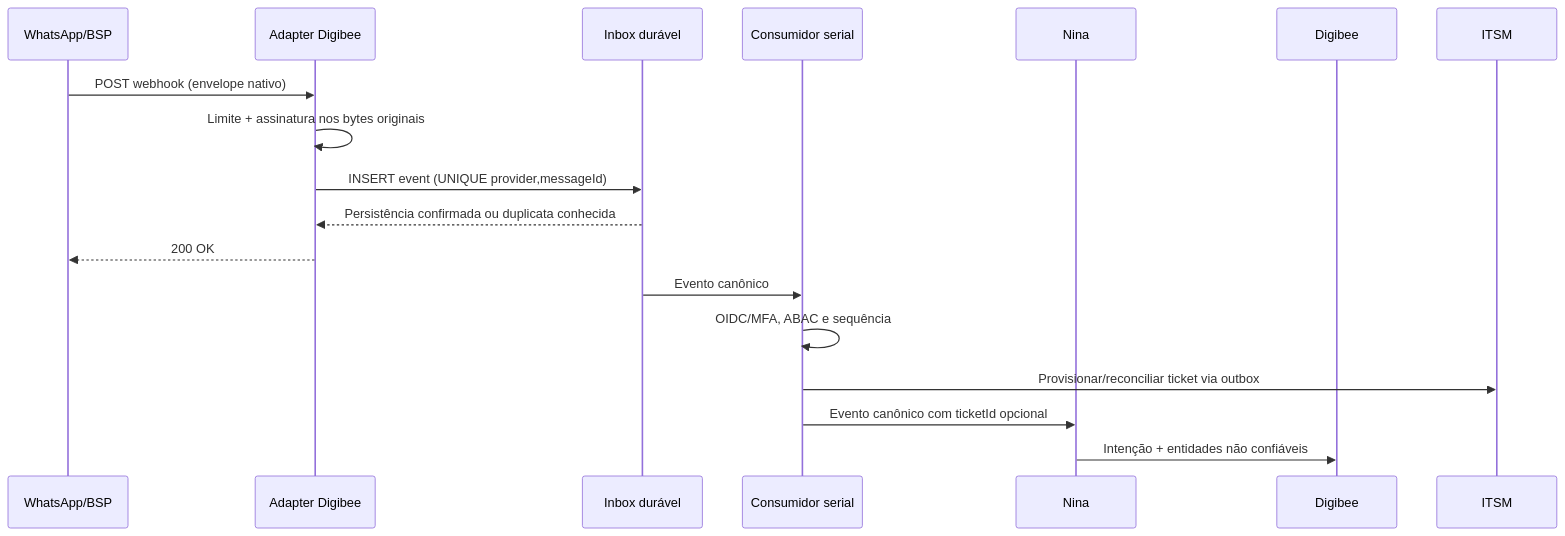
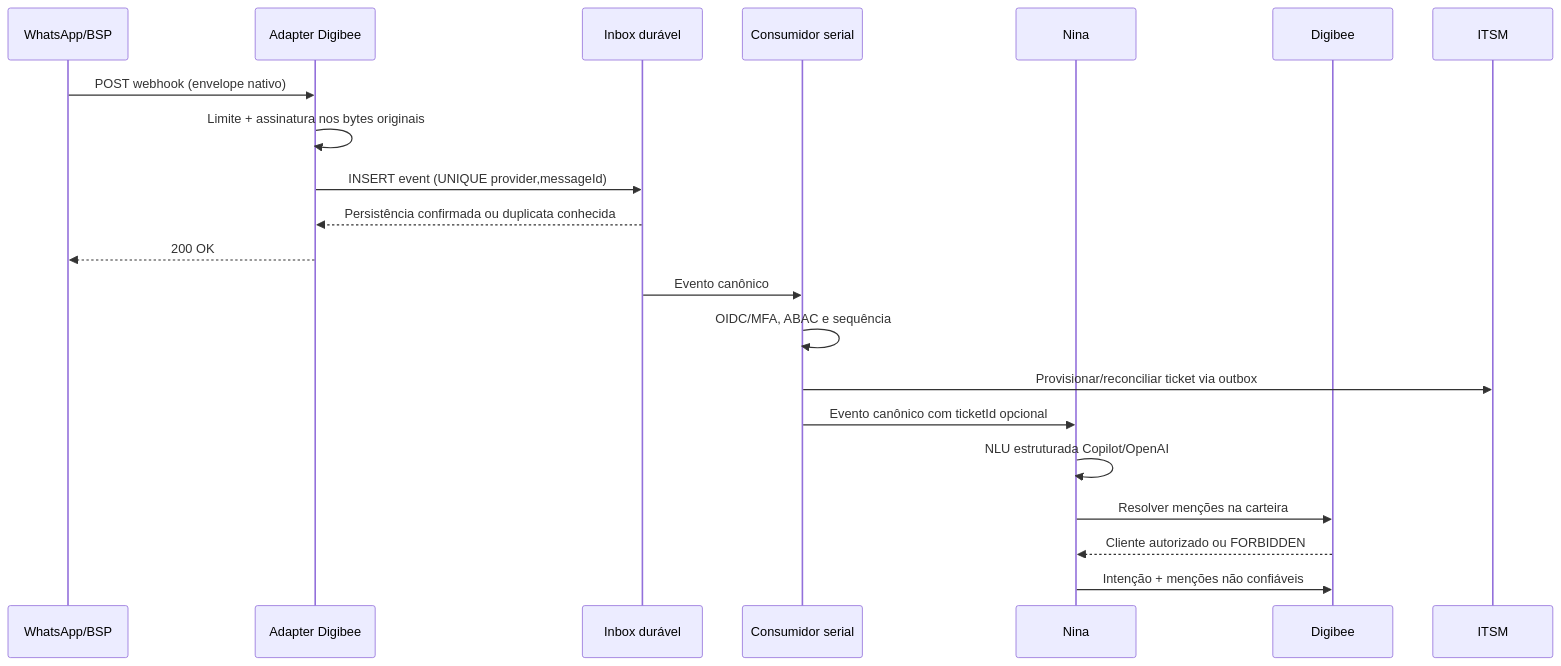
One commit to anderson-figueiredo/rtvgpt-nina changed the second of 6 diagrams in README.md. Above: the diagram before and after it, drawn with Mermaid. The commit also changed other lines of this file and 5 other files, not shown here.

````diff
--- a/README.md
+++ b/README.md
@@ -95,21 +101,24 @@
 ```mermaid
 sequenceDiagram
     participant W as WhatsApp/BSP
     participant A as Adapter Digibee
     participant I as Inbox durável
     participant Q as Consumidor serial
     participant N as Nina
     participant D as Digibee
     participant T as ITSM
 
     W->>A: POST webhook (envelope nativo)
     A->>A: Limite + assinatura nos bytes originais
     A->>I: INSERT event (UNIQUE provider,messageId)
     I-->>A: Persistência confirmada ou duplicata conhecida
     A-->>W: 200 OK
     I->>Q: Evento canônico
     Q->>Q: OIDC/MFA, ABAC e sequência
     Q->>T: Provisionar/reconciliar ticket via outbox
     Q->>N: Evento canônico com ticketId opcional
-    N->>D: Intenção + entidades não confiáveis
+    N->>N: NLU estruturada Copilot/OpenAI
+    N->>D: Resolver menções na carteira
+    D-->>N: Cliente autorizado ou FORBIDDEN
+    N->>D: Intenção + menções não confiáveis
 ```
````
